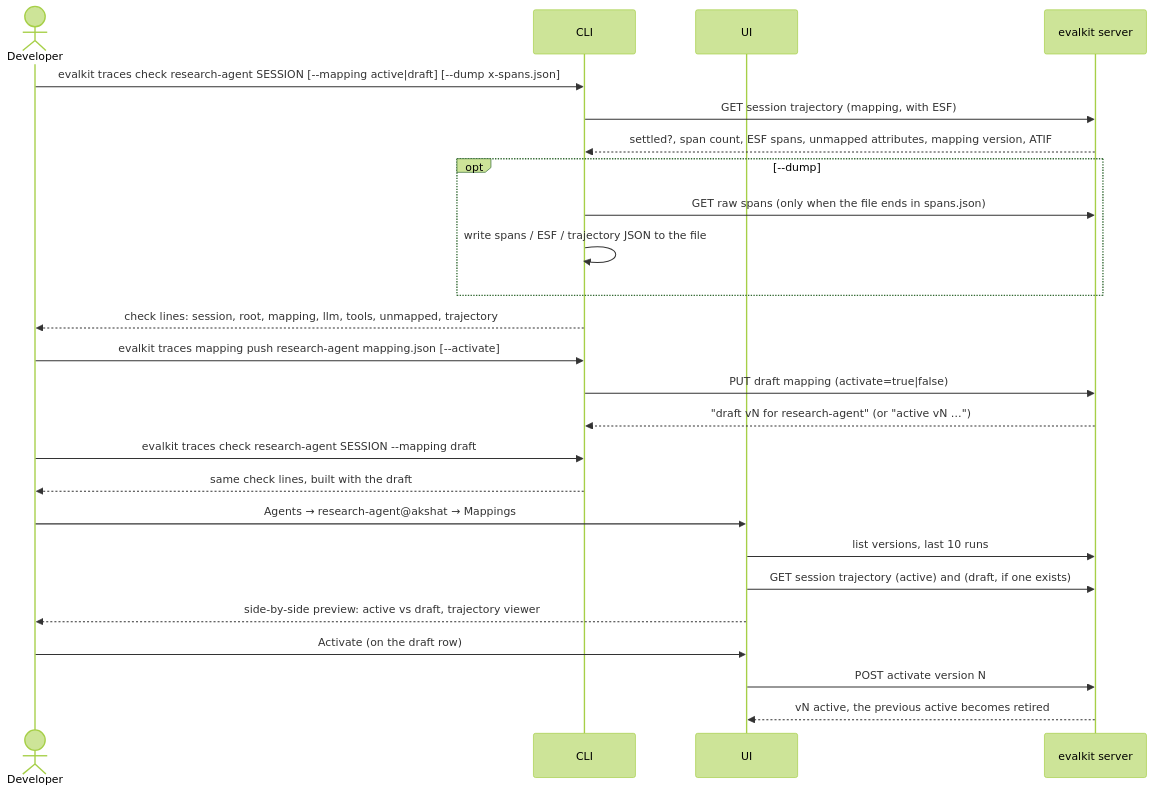
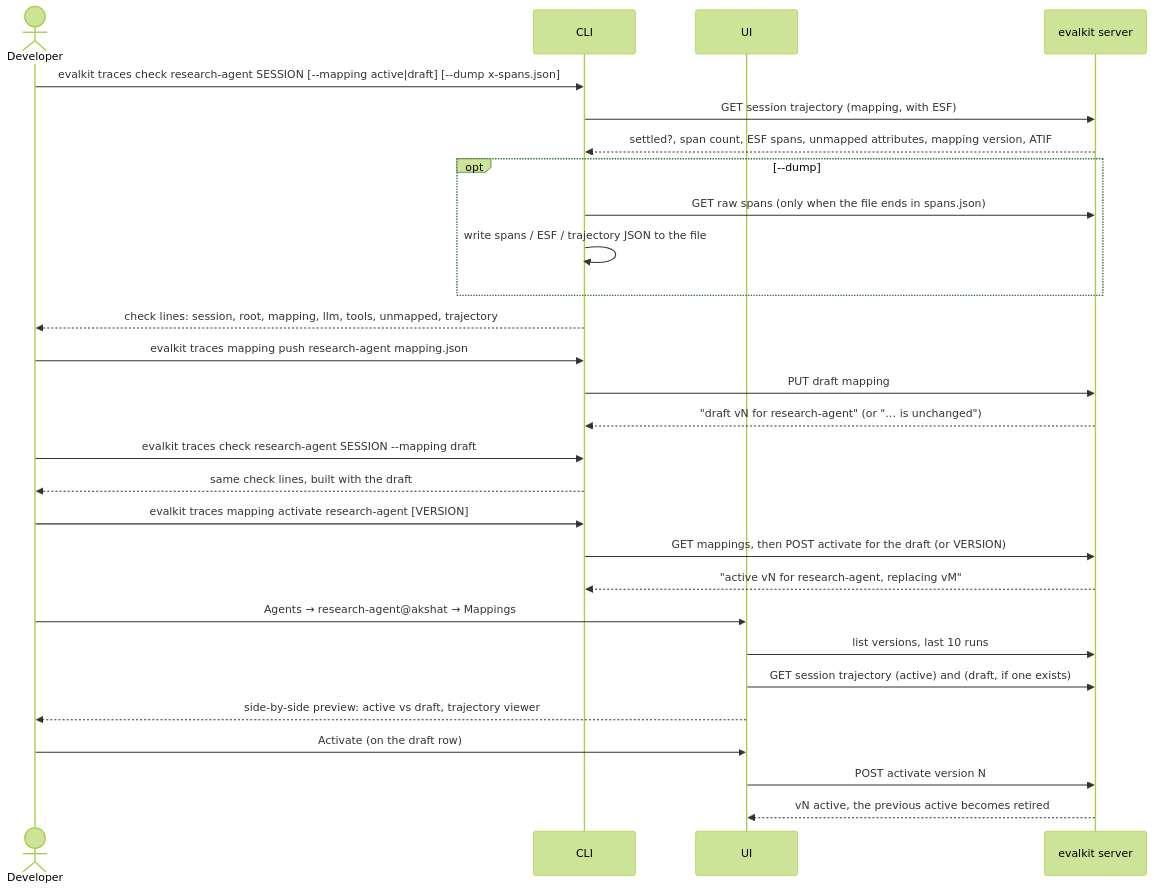
One commit to inferedge-ai/evalkit changed the diagram in docs/flows/13-trace-mappings-and-checks.md. Above: the diagram before and after it, drawn with Mermaid (forest theme). The commit also changed other lines of this file and 10 other files, not shown here.

First line of the commit message:
Add evalkit traces mapping activate; remove push --activate (ENG-14488)

````diff
--- a/docs/flows/13-trace-mappings-and-checks.md
+++ b/docs/flows/13-trace-mappings-and-checks.md
@@ -20,30 +20,33 @@
 ```mermaid
 sequenceDiagram
   actor Dev as Developer
   participant CLI
   participant UI
   participant S as evalkit server
 
   Dev->>CLI: evalkit traces check research-agent SESSION [--mapping active|draft] [--dump x-spans.json]
   CLI->>S: GET session trajectory (mapping, with ESF)
   S-->>CLI: settled?, span count, ESF spans, unmapped attributes, mapping version, ATIF
   opt --dump
     CLI->>S: GET raw spans (only when the file ends in spans.json)
     CLI->>CLI: write spans / ESF / trajectory JSON to the file
   end
   CLI-->>Dev: check lines: session, root, mapping, llm, tools, unmapped, trajectory
 
-  Dev->>CLI: evalkit traces mapping push research-agent mapping.json [--activate]
-  CLI->>S: PUT draft mapping (activate=true|false)
-  S-->>CLI: "draft vN for research-agent" (or "active vN …")
+  Dev->>CLI: evalkit traces mapping push research-agent mapping.json
+  CLI->>S: PUT draft mapping
+  S-->>CLI: "draft vN for research-agent" (or "… is unchanged")
   Dev->>CLI: evalkit traces check research-agent SESSION --mapping draft
   CLI-->>Dev: same check lines, built with the draft
+  Dev->>CLI: evalkit traces mapping activate research-agent [VERSION]
+  CLI->>S: GET mappings, then POST activate for the draft (or VERSION)
+  S-->>CLI: "active vN for research-agent, replacing vM"
 
   Dev->>UI: Agents → research-agent@akshat → Mappings
   UI->>S: list versions, last 10 runs
   UI->>S: GET session trajectory (active) and (draft, if one exists)
   UI-->>Dev: side-by-side preview: active vs draft, trajectory viewer
   Dev->>UI: Activate (on the draft row)
   UI->>S: POST activate version N
   S-->>UI: vN active, the previous active becomes retired
 ```
````
